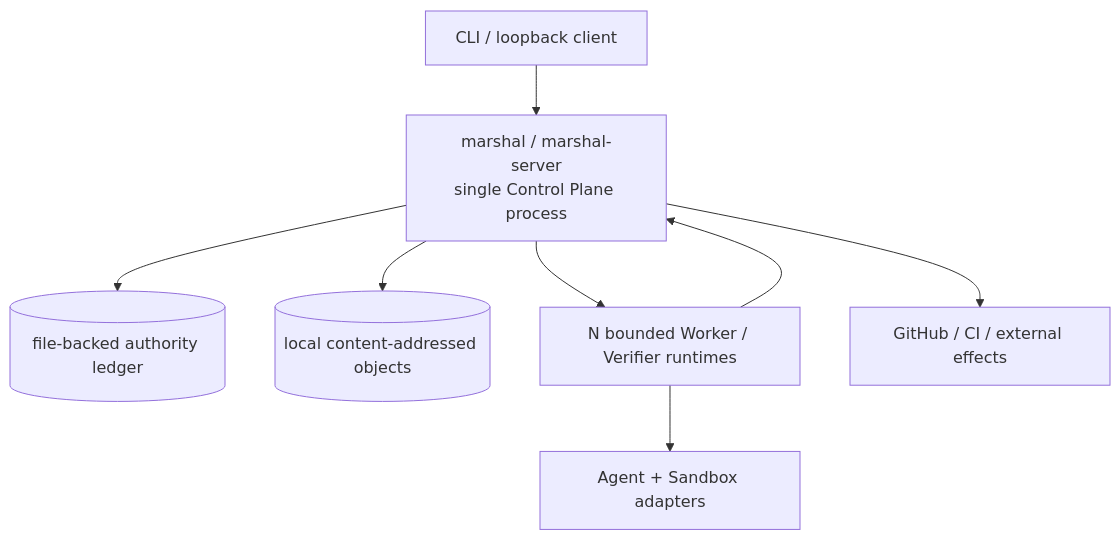
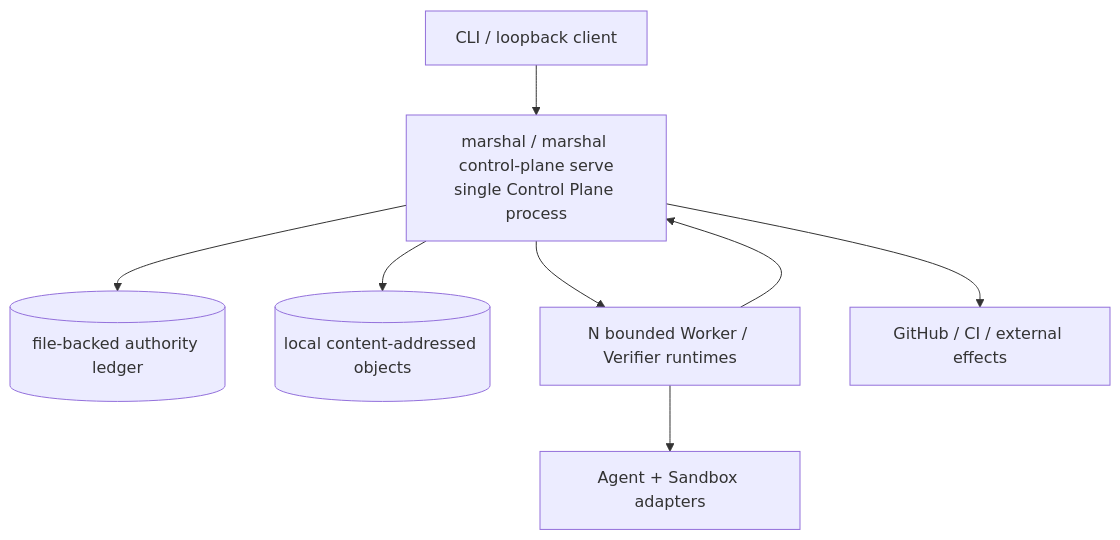
Before and after one commit to chiga0/marshal-harness: the second of 5 diagrams in docs/architecture.md, drawn with Mermaid. The commit also changed other lines of this file and 4 other files, not shown here.

````diff
--- a/docs/architecture.md
+++ b/docs/architecture.md
@@ -94,10 +97,10 @@
 ```mermaid
 flowchart TB
-    Client["CLI / loopback client"] --> Marshal["marshal / marshal-server<br/>single Control Plane process"]
+    Client["CLI / loopback client"] --> Marshal["marshal / marshal control-plane serve<br/>single Control Plane process"]
     Marshal --> Ledger[("file-backed authority ledger")]
     Marshal --> Objects[("local content-addressed objects")]
     Marshal --> Workers["N bounded Worker / Verifier runtimes"]
     Workers --> Providers["Agent + Sandbox adapters"]
     Workers --> Marshal
     Marshal --> Effects["GitHub / CI / external effects"]
 ```
````
